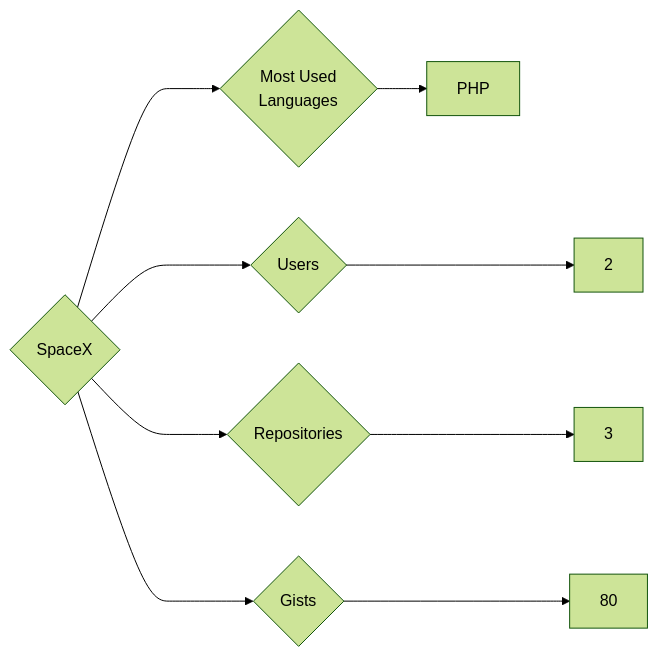
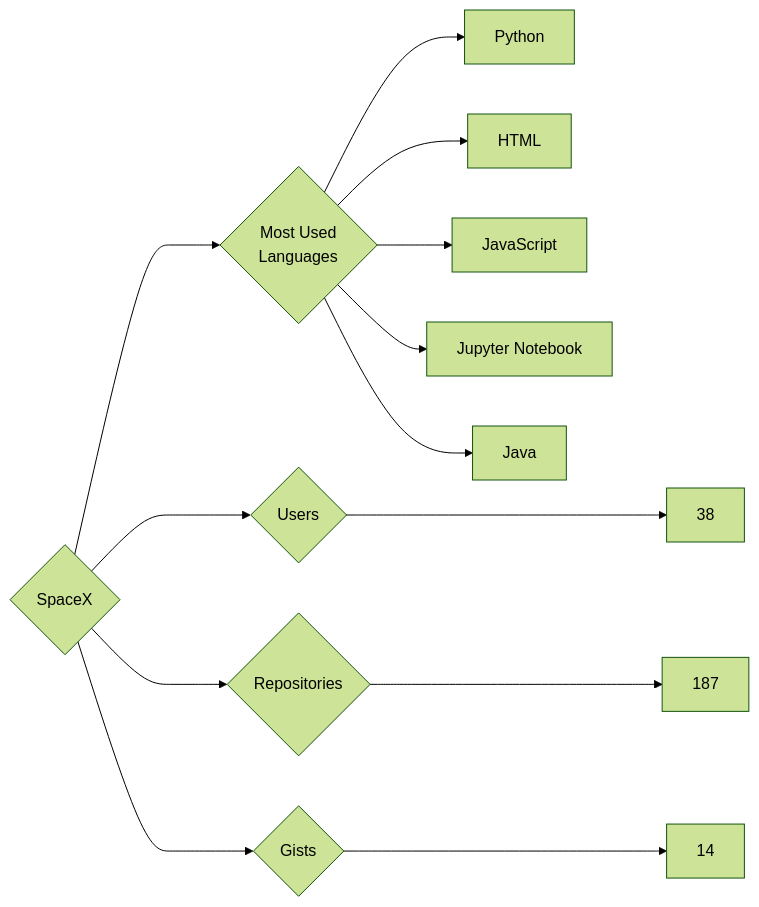
The diagram in targets/SpaceX/README.md (trickest/insiders), drawn with Mermaid (forest theme) before and after one commit. The commit also changed 878 other files, not shown here.

````diff
--- a/targets/SpaceX/README.md
+++ b/targets/SpaceX/README.md
@@ -3,9 +3,13 @@
 ```mermaid
 graph LR
 COMPANY_NAME{SpaceX}
-COMPANY_NAME ---> U{Users} ---> UN[2]
-COMPANY_NAME ---> R{Repositories} ---> RN[3]
-COMPANY_NAME ---> G{Gists} ---> GN[80]
+COMPANY_NAME ---> U{Users} ---> UN[38]
+COMPANY_NAME ---> R{Repositories} ---> RN[187]
+COMPANY_NAME ---> G{Gists} ---> GN[14]
 COMPANY_NAME ---> ML{Most Used<br>Languages}
-ML --> PHP[PHP]
+ML --> Python[Python]
+ML --> HTML[HTML]
+ML --> JavaScript[JavaScript]
+ML --> Jupyter_Notebook[Jupyter Notebook]
+ML --> Java[Java]
 ```
````
